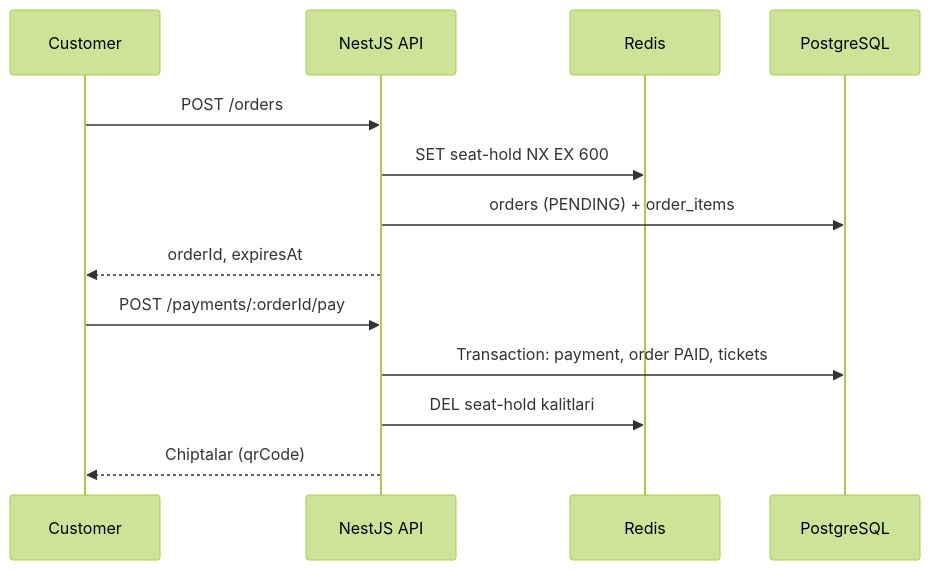
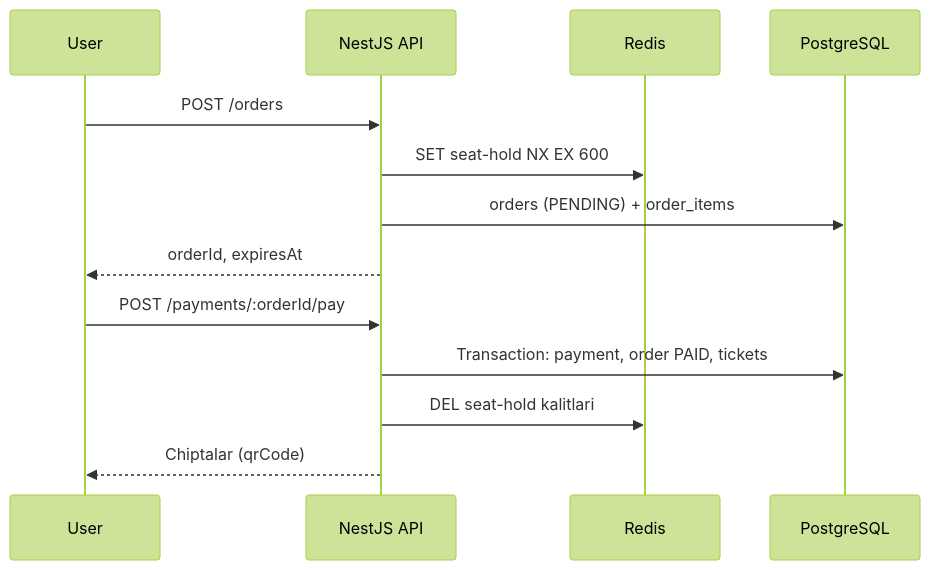
One commit to Abubakir20/myticket changed the second of 2 diagrams in docs/Texnik-topshiriq.md. Above: the diagram before and after it, drawn with Mermaid (forest theme). The commit also changed other lines of this file and 1 other file, not shown here.

Commit message:
new TT.md and schema.prisma

````diff
--- a/docs/Texnik-topshiriq.md
+++ b/docs/Texnik-topshiriq.md
@@ -172,15 +199,15 @@
 ```mermaid
 sequenceDiagram
-    participant U as Customer
+    participant U as User
     participant API as NestJS API
     participant R as Redis
     participant DB as PostgreSQL
     U->>API: POST /orders
     API->>R: SET seat-hold NX EX 600
     API->>DB: orders (PENDING) + order_items
     API-->>U: orderId, expiresAt
     U->>API: POST /payments/:orderId/pay
     API->>DB: Transaction: payment, order PAID, tickets
     API->>R: DEL seat-hold kalitlari
     API-->>U: Chiptalar (qrCode)
 ```
````
